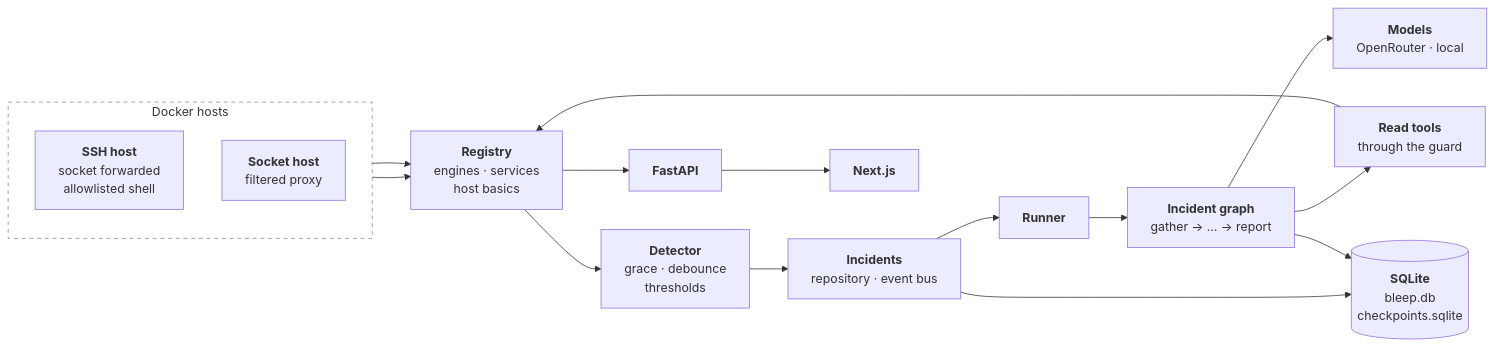
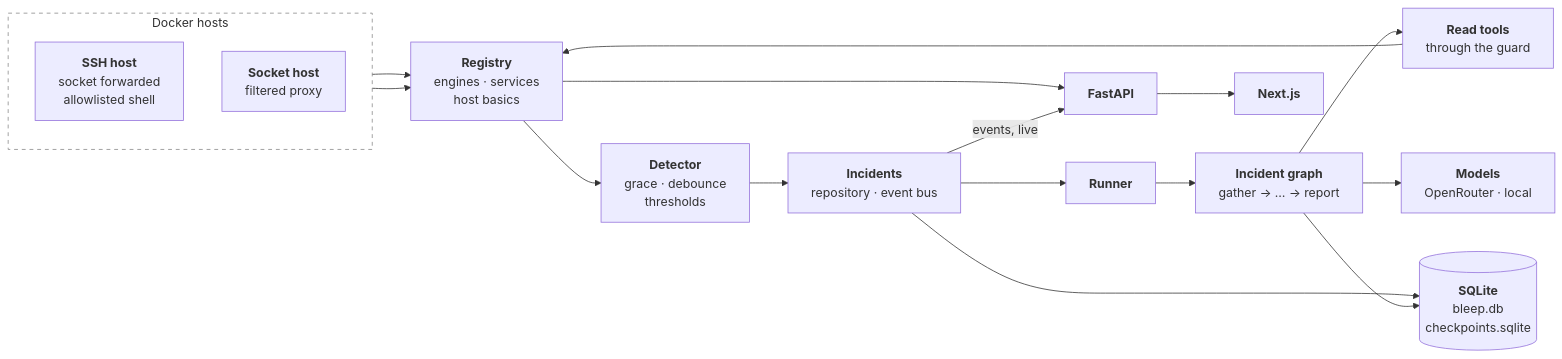
One commit to DannyKuk/bleep changed the diagram in docs/architecture.md. Above: the diagram before and after it, drawn with Mermaid. The commit also changed other lines of this file and 18 other files, not shown here.

````diff
--- a/docs/architecture.md
+++ b/docs/architecture.md
@@ -7,27 +7,28 @@
 ```mermaid
 flowchart LR
     subgraph HOSTS["Docker hosts"]
         direction TB
         SSH["<b>SSH host</b><br/>socket forwarded<br/>allowlisted shell"]
         SOCK["<b>Socket host</b><br/>filtered proxy"]
     end
     REG["<b>Registry</b><br/>engines · services<br/>host basics"]
     DET["<b>Detector</b><br/>grace · debounce<br/>thresholds"]
     INC["<b>Incidents</b><br/>repository · event bus"]
     RUN["<b>Runner</b>"]
     GRAPH["<b>Incident graph</b><br/>gather → … → report"]
     TOOLS["<b>Read tools</b><br/>through the guard"]
     LLM["<b>Models</b><br/>OpenRouter · local"]
     DB[("<b>SQLite</b><br/>bleep.db<br/>checkpoints.sqlite")]
     API["<b>FastAPI</b>"]
     FE["<b>Next.js</b>"]
     SSH --> REG
     SOCK --> REG
     REG --> DET --> INC --> RUN --> GRAPH
     GRAPH --> TOOLS --> REG
     GRAPH --> LLM
     INC --> DB
     GRAPH --> DB
     REG --> API --> FE
+    INC -->|events, live| API
     style HOSTS fill:none,stroke:#888,stroke-dasharray:5 5
 ```
````
